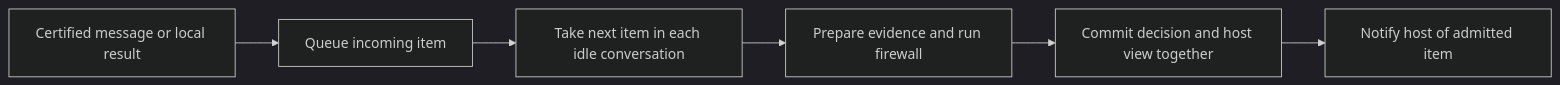
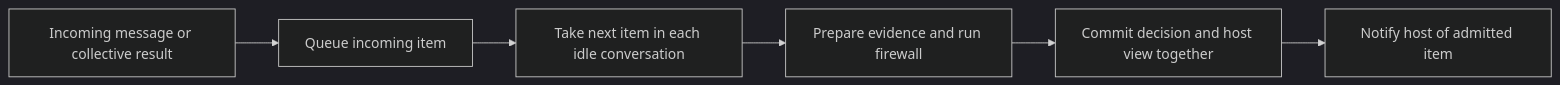
One commit to social-harness/moltzap changed the second of 3 diagrams in packages/social-harness/src/daemon/README.md. Above: the diagram before and after it, drawn with Mermaid (dark theme).

Commit message:
docs: name collective results in incoming message flow

````diff
--- a/packages/social-harness/src/daemon/README.md
+++ b/packages/social-harness/src/daemon/README.md
@@ -36,8 +36,8 @@
 ```mermaid
 flowchart LR
-  A[Certified message or local result] --> B[Queue incoming item]
+  A[Incoming message or collective result] --> B[Queue incoming item]
   B --> C[Take next item in each idle conversation]
   C --> D[Prepare evidence and run firewall]
   D --> E[Commit decision and host view together]
   E --> F[Notify host of admitted item]
 ```
````
